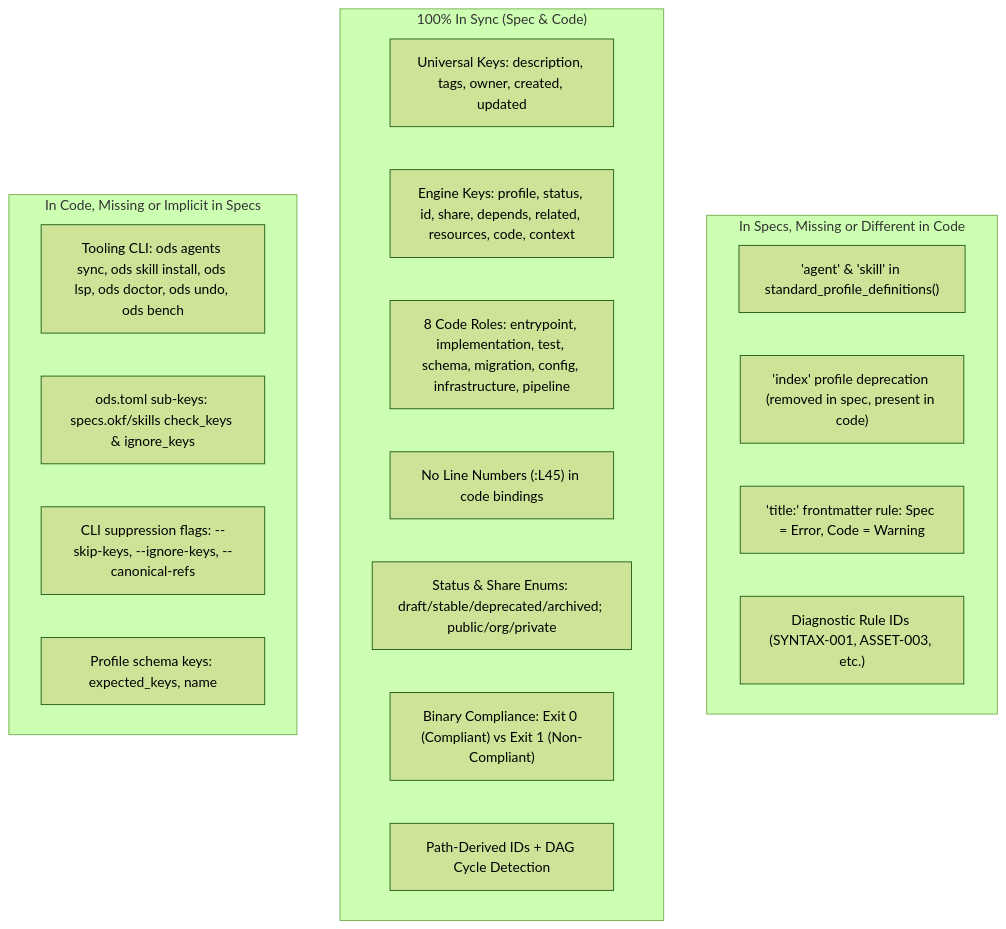
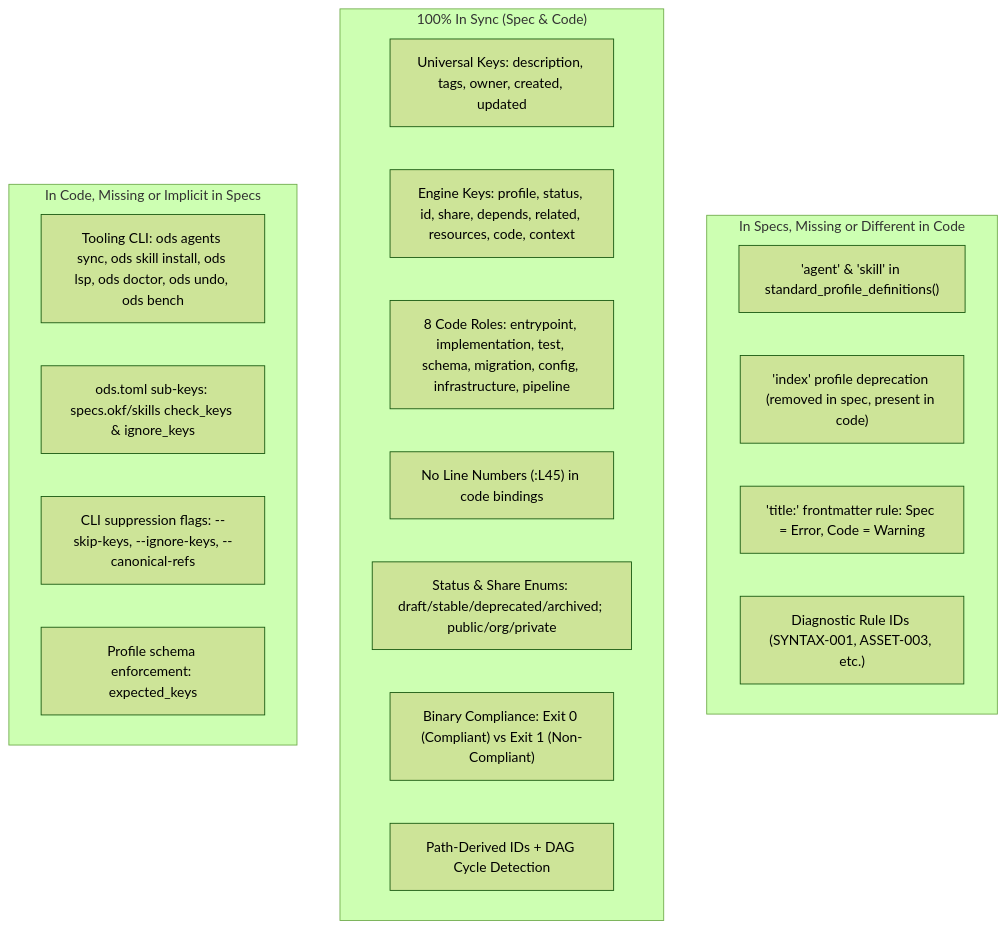
The diagram in docs/plan/code-vs-spec-alignment.md (open-doc-spec/ods-spec), drawn with Mermaid (forest theme) before and after one commit. The commit also changed other lines of this file and 5 other files, not shown here.

First line of the commit message:
docs(spec): define profile expected keys

````diff
--- a/docs/plan/code-vs-spec-alignment.md
+++ b/docs/plan/code-vs-spec-alignment.md
@@ -55,26 +55,26 @@
 ```mermaid
 graph TD
     subgraph SpecOnly ["In Specs, Missing or Different in Code"]
         P1["'agent' & 'skill' in standard_profile_definitions()"]
         P2["'index' profile deprecation (removed in spec, present in code)"]
         P3["'title:' frontmatter rule: Spec = Error, Code = Warning"]
         P4["Diagnostic Rule IDs (SYNTAX-001, ASSET-003, etc.)"]
     end
 
     subgraph PerfectSync ["100% In Sync (Spec & Code)"]
         S1["Universal Keys: description, tags, owner, created, updated"]
         S2["Engine Keys: profile, status, id, share, depends, related, resources, code, context"]
         S3["8 Code Roles: entrypoint, implementation, test, schema, migration, config, infrastructure, pipeline"]
         S4["No Line Numbers (:L45) in code bindings"]
         S5["Status & Share Enums: draft/stable/deprecated/archived; public/org/private"]
         S6["Binary Compliance: Exit 0 (Compliant) vs Exit 1 (Non-Compliant)"]
         S7["Path-Derived IDs + DAG Cycle Detection"]
     end
 
     subgraph CodeOnly ["In Code, Missing or Implicit in Specs"]
         C1["Tooling CLI: ods agents sync, ods skill install, ods lsp, ods doctor, ods undo, ods bench"]
         C2["ods.toml sub-keys: specs.okf/skills check_keys & ignore_keys"]
         C3["CLI suppression flags: --skip-keys, --ignore-keys, --canonical-refs"]
-        C4["Profile schema keys: expected_keys, name"]
+        C4["Profile schema enforcement: expected_keys"]
     end
 ```
````
